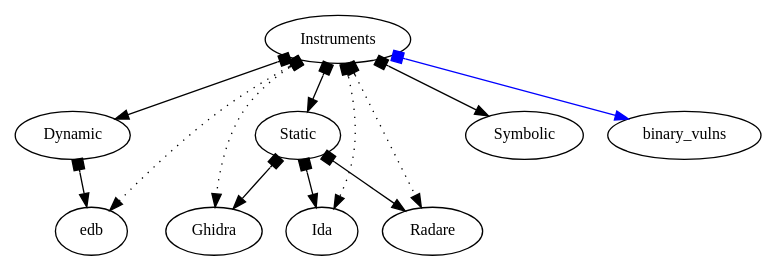
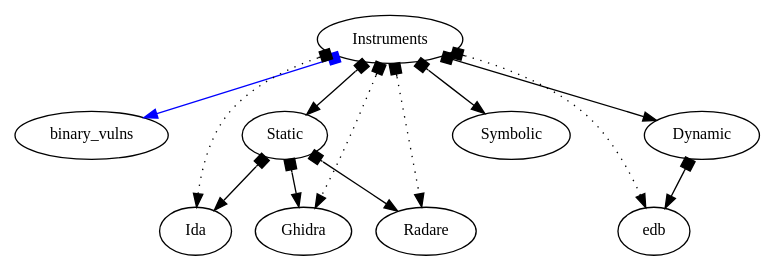
One commit to G-Rosman/Ontology changed the diagram in backend/graph.dot. Above: the diagram before and after it, drawn with Graphviz. The commit also changed other lines of this file and 10 other files, not shown here.

```diff
--- a/backend/graph.dot
+++ b/backend/graph.dot
@@ -1,16 +1,16 @@
 digraph G {
 node[color = black, fontsize = 12];
 edge[color = black, fontsize = 12];
-"Dynamic" -> "edb" [dir=both,color = black,arrowhead=normal, arrowtail=box];
-"Instruments" -> "Dynamic" [dir=both,color = black,arrowhead=normal, arrowtail=box];
-"Instruments" -> "Ghidra" [dir=both,color = black,style = dotted, arrowhead=normal, arrowtail=box];
-"Instruments" -> "Ida" [dir=both,color = black,style = dotted, arrowhead=normal, arrowtail=box];
-"Instruments" -> "Radare" [dir=both,color = black,style = dotted, arrowhead=normal, arrowtail=box];
+"Instruments" -> "binary_vulns" [dir=both,color = blue,arrowhead=normal, arrowtail=box];
 "Instruments" -> "Static" [dir=both,color = black,arrowhead=normal, arrowtail=box];
 "Instruments" -> "Symbolic" [dir=both,color = black,arrowhead=normal, arrowtail=box];
-"Instruments" -> "binary_vulns" [dir=both,color = blue,arrowhead=normal, arrowtail=box];
+"Instruments" -> "Dynamic" [dir=both,color = black,arrowhead=normal, arrowtail=box];
+"Static" -> "Ida" [dir=both,color = black,arrowhead=normal, arrowtail=box];
+"Static" -> "Ghidra" [dir=both,color = black,arrowhead=normal, arrowtail=box];
+"Static" -> "Radare" [dir=both,color = black,arrowhead=normal, arrowtail=box];
+"Dynamic" -> "edb" [dir=both,color = black,arrowhead=normal, arrowtail=box];
+"Instruments" -> "Ida" [dir=both,color = black,style = dotted, arrowhead=normal, arrowtail=box];
+"Instruments" -> "Ghidra" [dir=both,color = black,style = dotted, arrowhead=normal, arrowtail=box];
+"Instruments" -> "Radare" [dir=both,color = black,style = dotted, arrowhead=normal, arrowtail=box];
 "Instruments" -> "edb" [dir=both,color = black,style = dotted, arrowhead=normal, arrowtail=box];
-"Static" -> "Ghidra" [dir=both,color = black,arrowhead=normal, arrowtail=box];
-"Static" -> "Ida" [dir=both,color = black,arrowhead=normal, arrowtail=box];
-"Static" -> "Radare" [dir=both,color = black,arrowhead=normal, arrowtail=box];
 }
```
